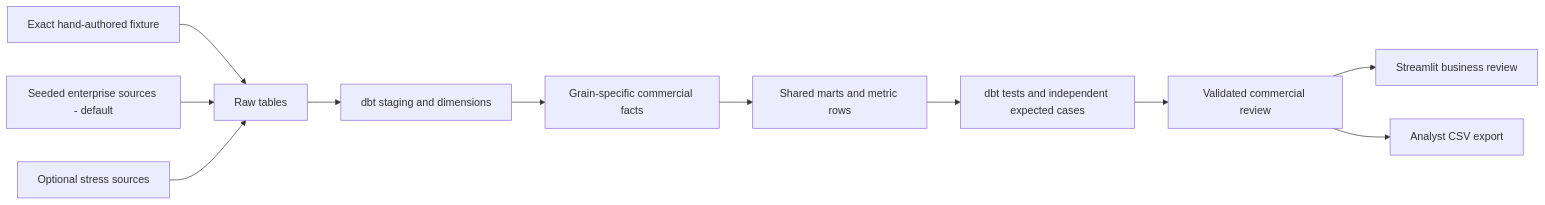
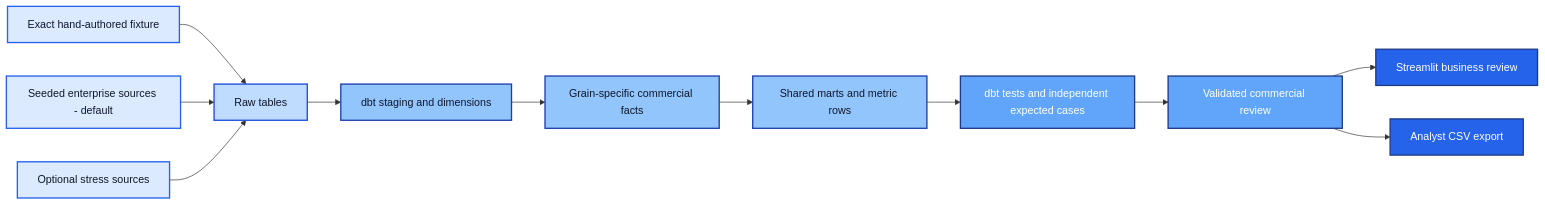
Before and after one commit to rlbsem/revenue-metrics-platform: the diagram in README.md, drawn with Mermaid.

Commit message:
Match architecture diagram to portfolio palette

````diff
--- a/README.md
+++ b/README.md
@@ -32,13 +32,25 @@
 ```mermaid
 flowchart LR
     F1[Exact hand-authored fixture] --> B[Raw tables]
     F2[Seeded enterprise sources - default] --> B
     F3[Optional stress sources] --> B
     B --> C[dbt staging and dimensions]
     C --> D[Grain-specific commercial facts]
     D --> E[Shared marts and metric rows]
     E --> F[dbt tests and independent expected cases]
     F --> G[Validated commercial review]
     G --> H[Streamlit business review]
     G --> I[Analyst CSV export]
+
+    classDef input fill:#dbeafe,stroke:#2563eb,color:#0f172a,stroke-width:2px;
+    classDef foundation fill:#bfdbfe,stroke:#1d4ed8,color:#0f172a,stroke-width:2px;
+    classDef process fill:#93c5fd,stroke:#1e40af,color:#0f172a,stroke-width:2px;
+    classDef control fill:#60a5fa,stroke:#1e3a8a,color:#ffffff,stroke-width:2px;
+    classDef output fill:#2563eb,stroke:#1e3a8a,color:#ffffff,stroke-width:2px;
+
+    class F1,F2,F3 input;
+    class B foundation;
+    class C,D,E process;
+    class F,G control;
+    class H,I output;
 ```
````
